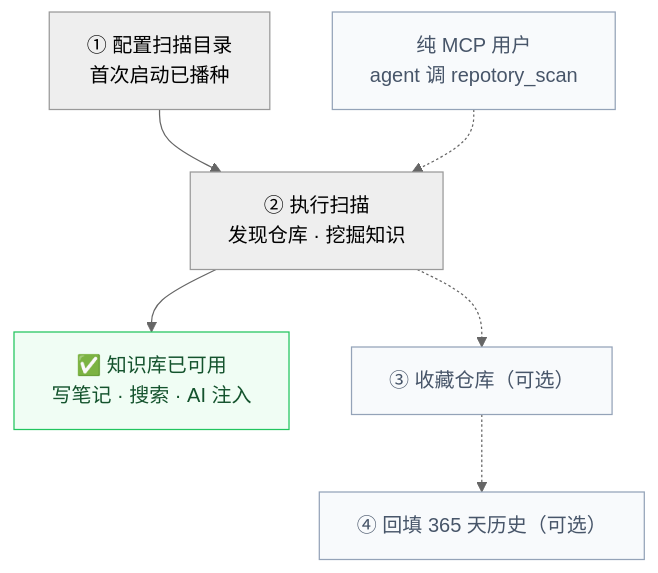
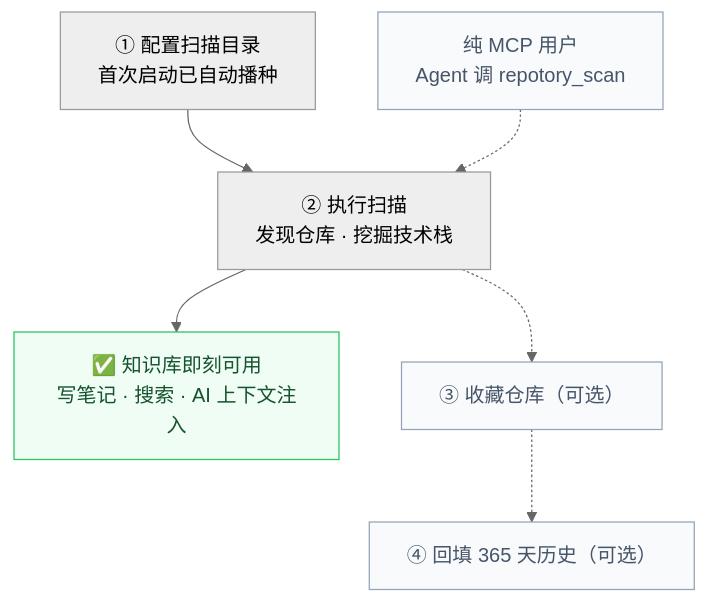
The diagram in docs/getting-started.md (sky-jiangcheng/repotory), drawn with Mermaid (neutral theme) before and after one commit. The commit also changed other lines of this file and 3 other files, not shown here.

````diff
--- a/docs/getting-started.md
+++ b/docs/getting-started.md
@@ -36,12 +65,12 @@
 ```mermaid
 flowchart TB
-    A["① 配置扫描目录<br/>首次启动已播种"] --> B["② 执行扫描<br/>发现仓库 · 挖掘知识"]
-    E["纯 MCP 用户<br/>agent 调 repotory_scan"] -.-> B
-    B --> DONE["✅ 知识库已可用<br/>写笔记 · 搜索 · AI 注入"]
+    A["① 配置扫描目录<br/>首次启动已自动播种"] --> B["② 执行扫描<br/>发现仓库 · 挖掘技术栈"]
+    E["纯 MCP 用户<br/>Agent 调 repotory_scan"] -.-> B
+    B --> DONE["✅ 知识库即刻可用<br/>写笔记 · 搜索 · AI 上下文注入"]
     B -.-> C["③ 收藏仓库（可选）"]
     C -.-> D["④ 回填 365 天历史（可选）"]
     classDef done fill:#f0fdf4,stroke:#22c55e,color:#14532d
     classDef opt fill:#f8fafc,stroke:#94a3b8,color:#475569
     class DONE done
     class C,D,E opt
 ```
````
